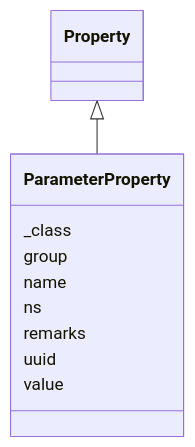
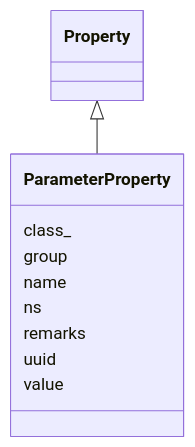
Before and after one commit to lmodel/oscal: the diagram in project/mermaid/ParameterProperty.md, drawn with Mermaid. The commit also changed 434 other files, not shown here.

Commit message:
fix(schema): stamp the modules for 1.2.3 and regenerate extended outputs

````diff
--- a/project/mermaid/ParameterProperty.md
+++ b/project/mermaid/ParameterProperty.md
@@ -4,23 +4,23 @@
 ```mermaid
  classDiagram
     class ParameterProperty
     click ParameterProperty href "../ParameterProperty"
       Property <|-- ParameterProperty
         click Property href "../Property"
       
-      ParameterProperty : _class
+      ParameterProperty : class_
         
       ParameterProperty : group
         
       ParameterProperty : name
         
       ParameterProperty : ns
         
       ParameterProperty : remarks
         
       ParameterProperty : uuid
         
       ParameterProperty : value
         
       
 ```
````
